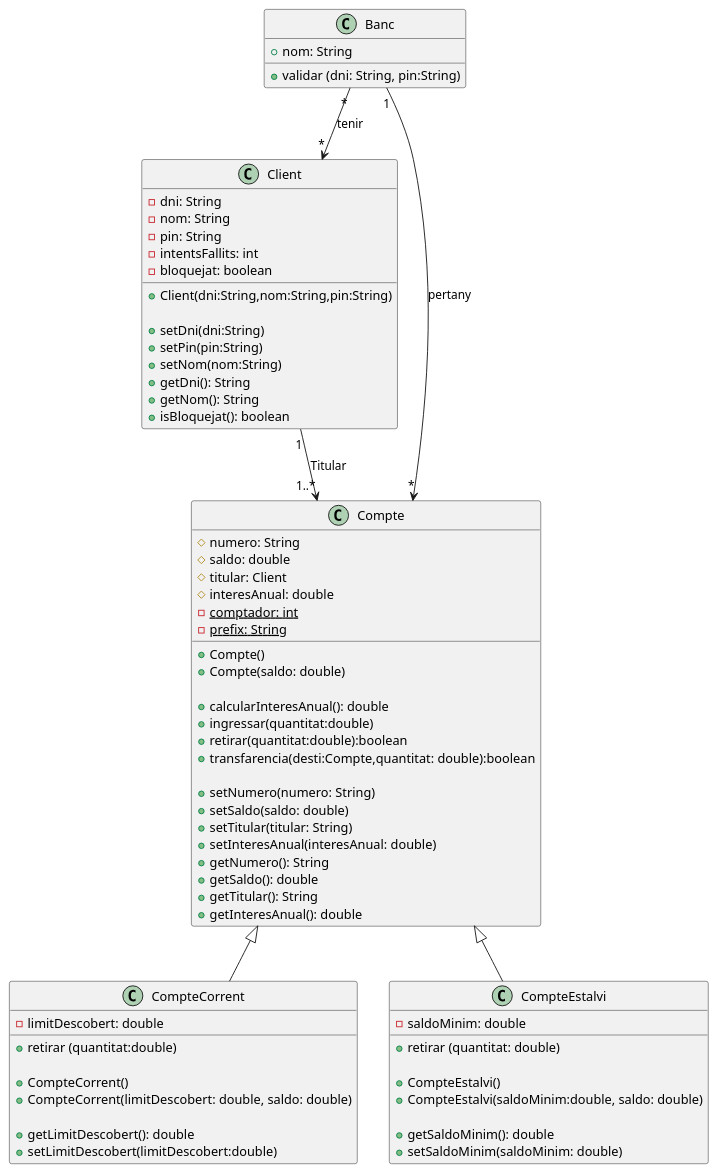
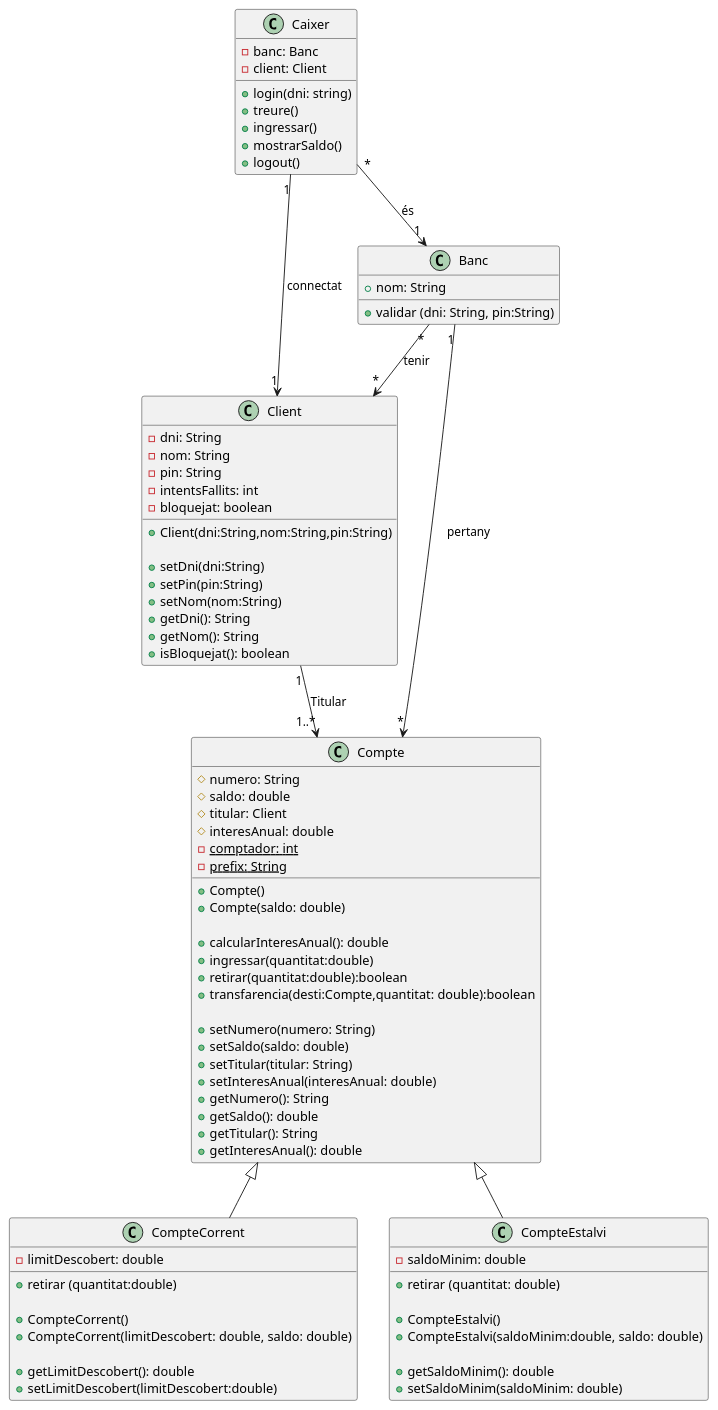
Before and after one commit to ins-vib/poo-atm-jopo738-web: the diagram in UML/classes.puml, drawn with PlantUML. The commit also changed 6 other files, not shown here.

```diff
--- a/UML/classes.puml
+++ b/UML/classes.puml
@@ -1,87 +1,103 @@
 @startuml
+
 class Client {
     - dni: String
     - nom: String
     - pin: String
     - intentsFallits: int
     - bloquejat: boolean
 
     + Client(dni:String,nom:String,pin:String)
 
     + setDni(dni:String)
     + setPin(pin:String)
     + setNom(nom:String)
     + getDni(): String
     + getNom(): String
     + isBloquejat(): boolean
 
     
 
 }
 
 class Compte {
     # numero: String
     # saldo: double
     # titular: Client
     # interesAnual: double
     {static} - comptador: int
     {static} - prefix: String
 
     + Compte()
     + Compte(saldo: double)
 
     + calcularInteresAnual(): double
     + ingressar(quantitat:double)
     + retirar(quantitat:double):boolean
     + transfarencia(desti:Compte,quantitat: double):boolean
 
     + setNumero(numero: String)
     + setSaldo(saldo: double)
     + setTitular(titular: String)
     + setInteresAnual(interesAnual: double)
     + getNumero(): String
     + getSaldo(): double
     + getTitular(): String
     + getInteresAnual(): double
 }
 
 Client "1" --> "1..*" Compte : Titular
 
 
 class Banc {
     + nom: String
     + validar (dni: String, pin:String)
 
 }
 
 Banc "*" --> "*" Client : tenir
 Banc "1" -->"*" Compte: pertany
 
 class CompteCorrent extends Compte{
     - limitDescobert: double
     + retirar (quantitat:double)
 
     + CompteCorrent()
     + CompteCorrent(limitDescobert: double, saldo: double)
 
     + getLimitDescobert(): double
     + setLimitDescobert(limitDescobert:double)
     
 
 }
 
 class CompteEstalvi extends Compte{
     - saldoMinim: double
     + retirar (quantitat: double)
 
     + CompteEstalvi()
     + CompteEstalvi(saldoMinim:double, saldo: double)
 
     + getSaldoMinim(): double
     + setSaldoMinim(saldoMinim: double)
 }
 
+class Caixer{
+    - banc: Banc
+    - client: Client
+
+    + login(dni: string)
+    + treure()
+    + ingressar()
+    + mostrarSaldo()
+    + logout()
+}
+
+Caixer "*" -->"1" Banc: és
+Caixer "1" -->"1" Client: connectat
+
+
 
 
 
 @enduml
```
